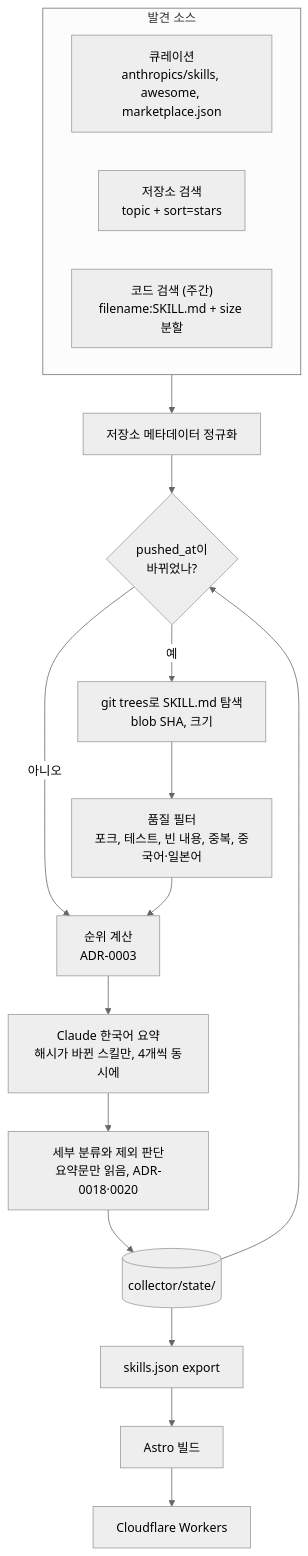
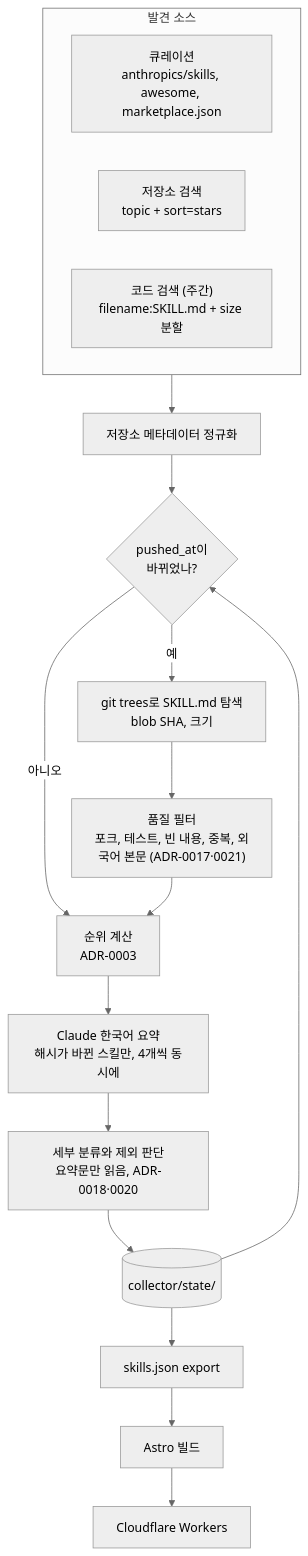
One commit to jhs3104/skillmoa changed the diagram in docs/data-flow.md. Above: the diagram before and after it, drawn with Mermaid (neutral theme). The commit also changed 8 other files, not shown here.

````diff
--- a/docs/data-flow.md
+++ b/docs/data-flow.md
@@ -3,22 +3,22 @@
 ```mermaid
 flowchart TD
     subgraph sources["발견 소스"]
         curated["큐레이션<br/>anthropics/skills, awesome, marketplace.json"]
         topics["저장소 검색<br/>topic + sort=stars"]
         code["코드 검색 (주간)<br/>filename:SKILL.md + size 분할"]
     end
     state[("collector/state/")]
     sources --> metadata["저장소 메타데이터 정규화"]
     metadata --> gate{"pushed_at이<br/>바뀌었나?"}
     state --> gate
     gate -- 예 --> tree["git trees로 SKILL.md 탐색<br/>blob SHA, 크기"]
     gate -- 아니오 --> rank
-    tree --> filter["품질 필터<br/>포크, 테스트, 빈 내용, 중복, 중국어·일본어"]
+    tree --> filter["품질 필터<br/>포크, 테스트, 빈 내용, 중복, 외국어 본문 (ADR-0017·0021)"]
     filter --> rank["순위 계산<br/>ADR-0003"]
     rank --> summarize["Claude 한국어 요약<br/>해시가 바뀐 스킬만, 4개씩 동시에"]
     summarize --> classify["세부 분류와 제외 판단<br/>요약문만 읽음, ADR-0018·0020"]
     classify --> state
     state --> export["skills.json export"]
     export --> site["Astro 빌드"]
     site --> workers["Cloudflare Workers"]
 ```
````
